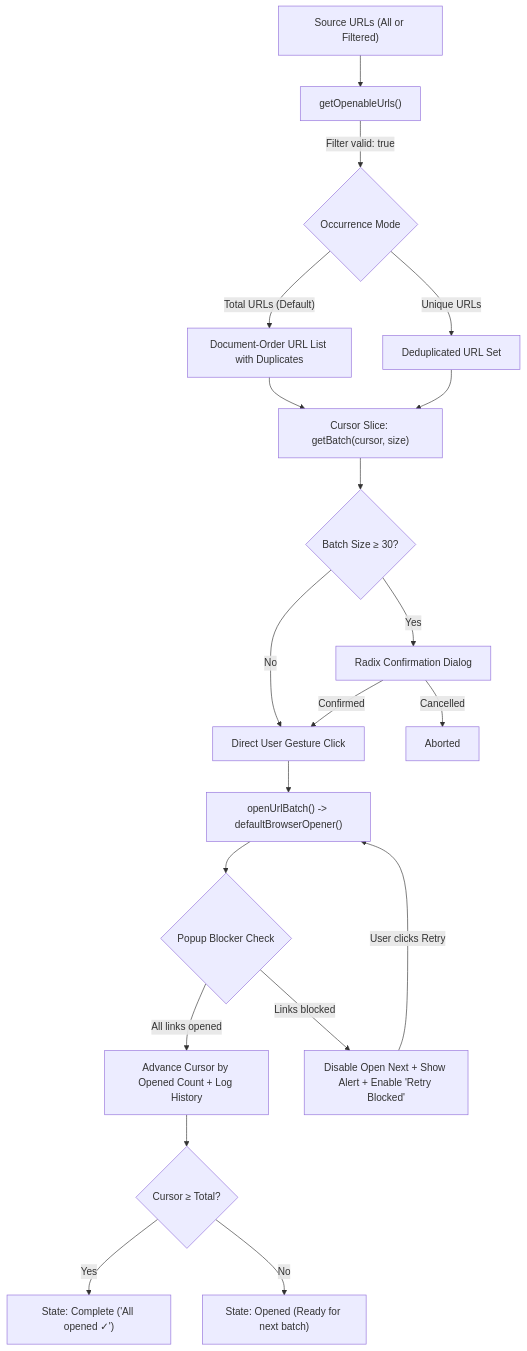
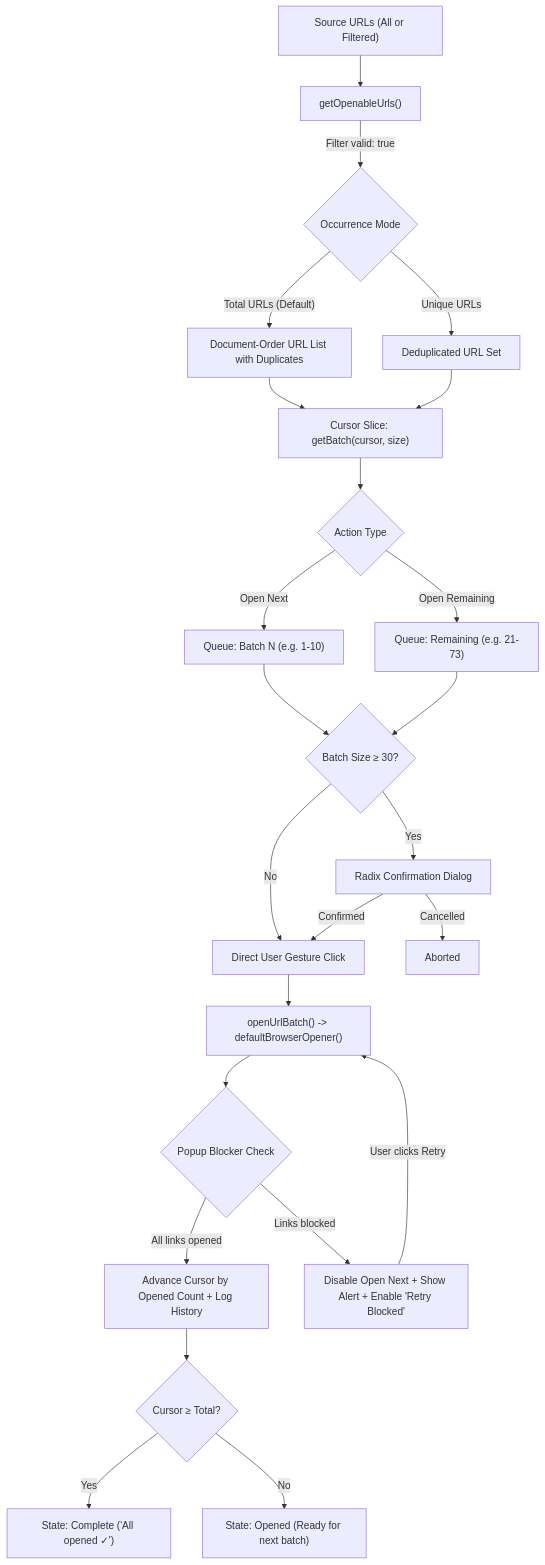
The first of 2 diagrams in README.md (kainapat/url-link-counter), drawn with Mermaid before and after one commit. The commit also changed other lines of this file, not shown here.

Commit message:
docs: update README with remaining action flow and 60 passed tests

````diff
--- a/README.md
+++ b/README.md
@@ -145,22 +147,26 @@
 ```mermaid
 flowchart TD
     A["Source URLs (All or Filtered)"] --> B["getOpenableUrls()"]
     B -->|"Filter valid: true"| C{"Occurrence Mode"}
     C -->|"Total URLs (Default)"| D["Document-Order URL List with Duplicates"]
     C -->|"Unique URLs"| E["Deduplicated URL Set"]
     D --> F["Cursor Slice: getBatch(cursor, size)"]
     E --> F
-    F --> G{"Batch Size ≥ 30?"}
-    G -->|"Yes"| H["Radix Confirmation Dialog"]
-    G -->|"No"| I["Direct User Gesture Click"]
-    H -->|"Confirmed"| I
-    H -->|"Cancelled"| J["Aborted"]
-    I --> K["openUrlBatch() -> defaultBrowserOpener()"]
-    K --> L{"Popup Blocker Check"}
-    L -->|"All links opened"| M["Advance Cursor by Opened Count + Log History"]
-    L -->|"Links blocked"| N["Disable Open Next + Show Alert + Enable 'Retry Blocked'"]
-    N -->|"User clicks Retry"| K
-    M --> O{"Cursor ≥ Total?"}
-    O -->|"Yes"| P["State: Complete ('All opened ✓')"]
-    O -->|"No"| Q["State: Opened (Ready for next batch)"]
+    F --> G{"Action Type"}
+    G -->|"Open Next"| H["Queue: Batch N (e.g. 1-10)"]
+    G -->|"Open Remaining"| I["Queue: Remaining (e.g. 21-73)"]
+    H --> J{"Batch Size ≥ 30?"}
+    I --> J
+    J -->|"Yes"| K["Radix Confirmation Dialog"]
+    J -->|"No"| L["Direct User Gesture Click"]
+    K -->|"Confirmed"| L
+    K -->|"Cancelled"| M["Aborted"]
+    L --> N["openUrlBatch() -> defaultBrowserOpener()"]
+    N --> O{"Popup Blocker Check"}
+    O -->|"All links opened"| P["Advance Cursor by Opened Count + Log History"]
+    O -->|"Links blocked"| Q["Disable Open Next + Show Alert + Enable 'Retry Blocked'"]
+    Q -->|"User clicks Retry"| N
+    P --> R{"Cursor ≥ Total?"}
+    R -->|"Yes"| S["State: Complete ('All opened ✓')"]
+    R -->|"No"| T["State: Opened (Ready for next batch)"]
 ```
````
